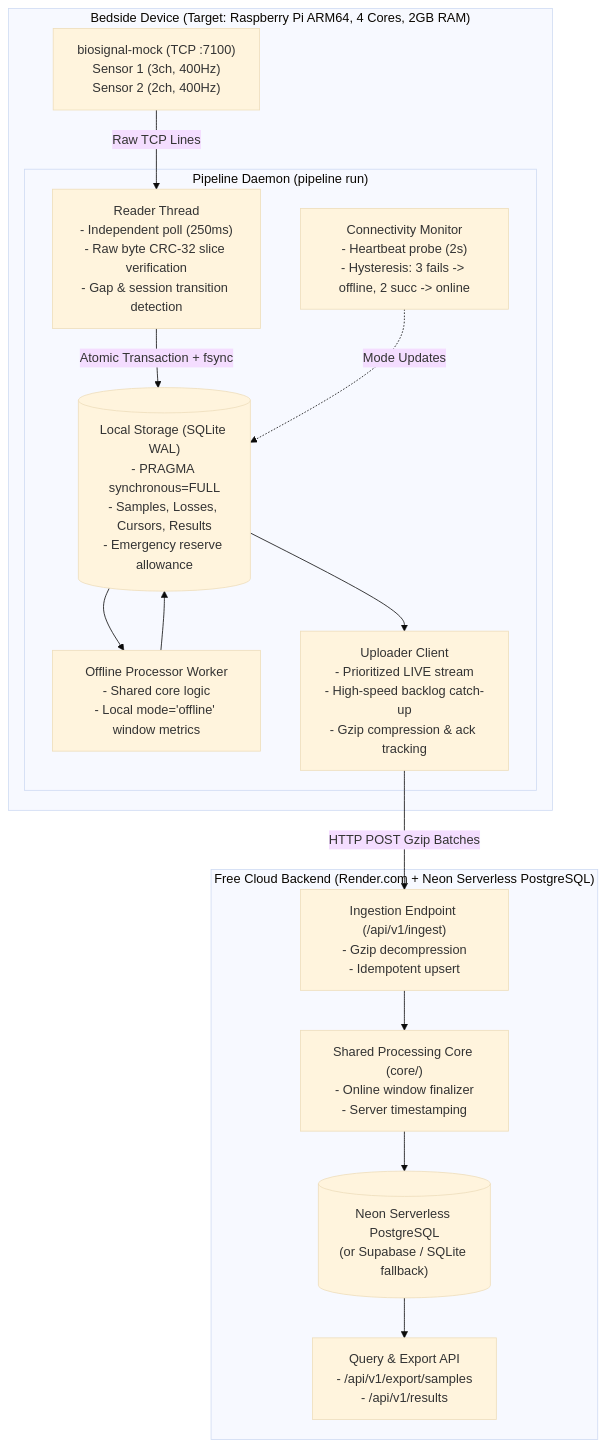
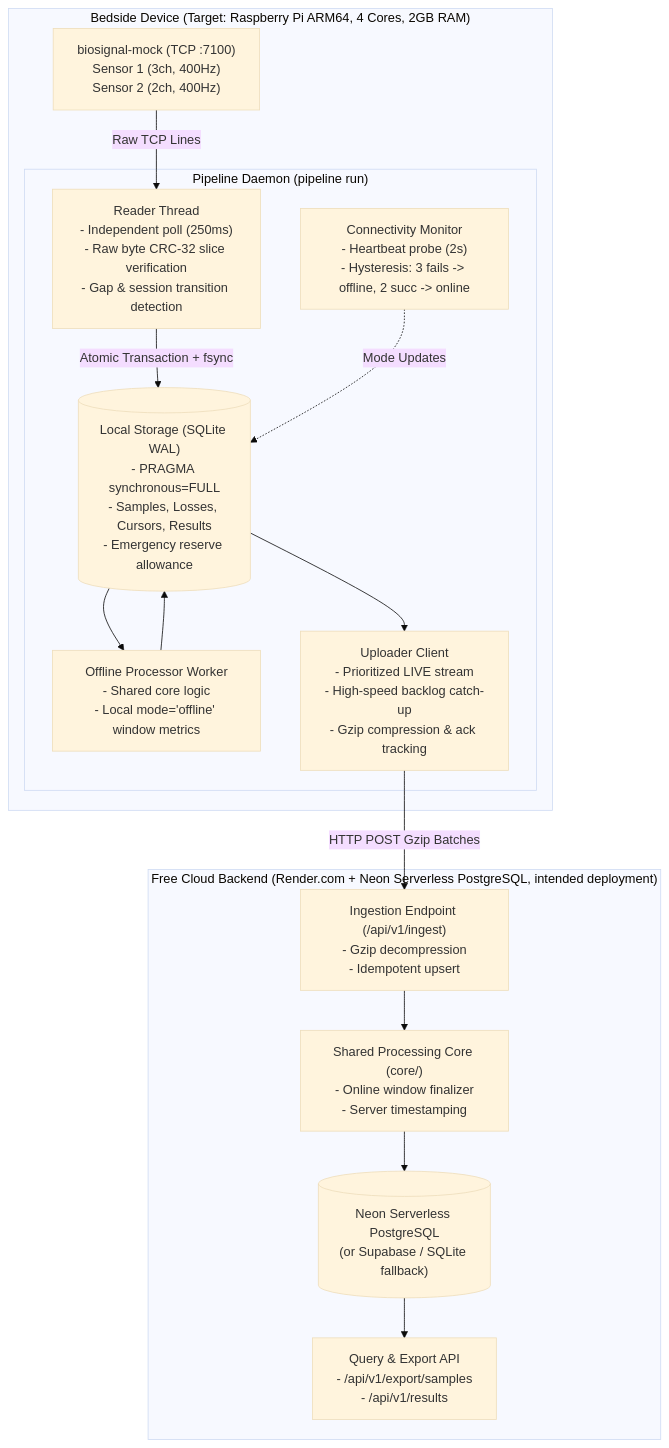
The diagram in DESIGN.md (MukulVerma14/MayaCardio), drawn with Mermaid (base theme) before and after one commit. The commit also changed other lines of this file and 2 other files, not shown here.

Commit message:
docs: use relative links, substitute placeholder instructions, soften cloud claims, and update power pull audit

````diff
--- a/DESIGN.md
+++ b/DESIGN.md
@@ -7,32 +7,32 @@
 ```mermaid
 flowchart TD
     subgraph Device ["Bedside Device (Target: Raspberry Pi ARM64, 4 Cores, 2GB RAM)"]
         Mock["biosignal-mock (TCP :7100)\nSensor 1 (3ch, 400Hz)\nSensor 2 (2ch, 400Hz)"]
         
         subgraph Pipeline ["Pipeline Daemon (pipeline run)"]
             Reader["Reader Thread\n- Independent poll (250ms)\n- Raw byte CRC-32 slice verification\n- Gap & session transition detection"]
             Storage[("Local Storage (SQLite WAL)\n- PRAGMA synchronous=FULL\n- Samples, Losses, Cursors, Results\n- Emergency reserve allowance")]
             OfflineProc["Offline Processor Worker\n- Shared core logic\n- Local mode='offline' window metrics"]
             ConnMon["Connectivity Monitor\n- Heartbeat probe (2s)\n- Hysteresis: 3 fails -> offline, 2 succ -> online"]
             Uploader["Uploader Client\n- Prioritized LIVE stream\n- High-speed backlog catch-up\n- Gzip compression & ack tracking"]
         end
     end
 
-    subgraph Cloud ["Free Cloud Backend (Render.com + Neon Serverless PostgreSQL)"]
+    subgraph Cloud ["Free Cloud Backend (Render.com + Neon Serverless PostgreSQL, intended deployment)"]
         IngestAPI["Ingestion Endpoint (/api/v1/ingest)\n- Gzip decompression\n- Idempotent upsert"]
         CloudCore["Shared Processing Core (core/)\n- Online window finalizer\n- Server timestamping"]
         CloudStore[("Neon Serverless PostgreSQL\n(or Supabase / SQLite fallback)")]
         ExportAPI["Query & Export API\n- /api/v1/export/samples\n- /api/v1/results"]
     end
 
     Mock -->|Raw TCP Lines| Reader
     Reader -->|Atomic Transaction + fsync| Storage
     Storage --> OfflineProc
     OfflineProc --> Storage
     ConnMon -.->|Mode Updates| Storage
     Storage --> Uploader
     Uploader -->|HTTP POST Gzip Batches| IngestAPI
     IngestAPI --> CloudCore
     CloudCore --> CloudStore
     CloudStore --> ExportAPI
 ```
````
